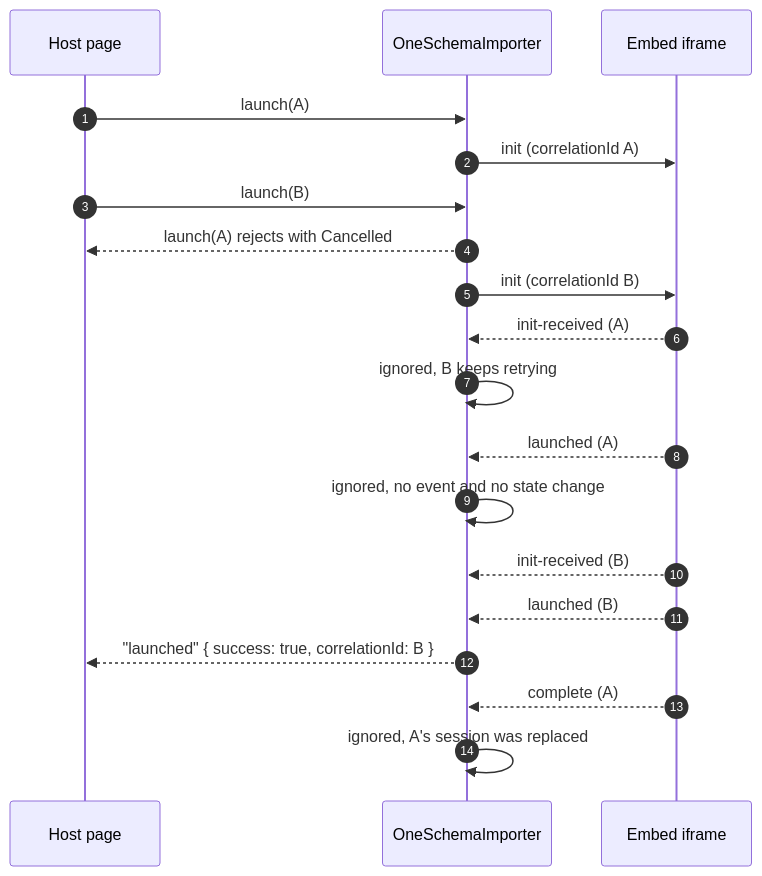
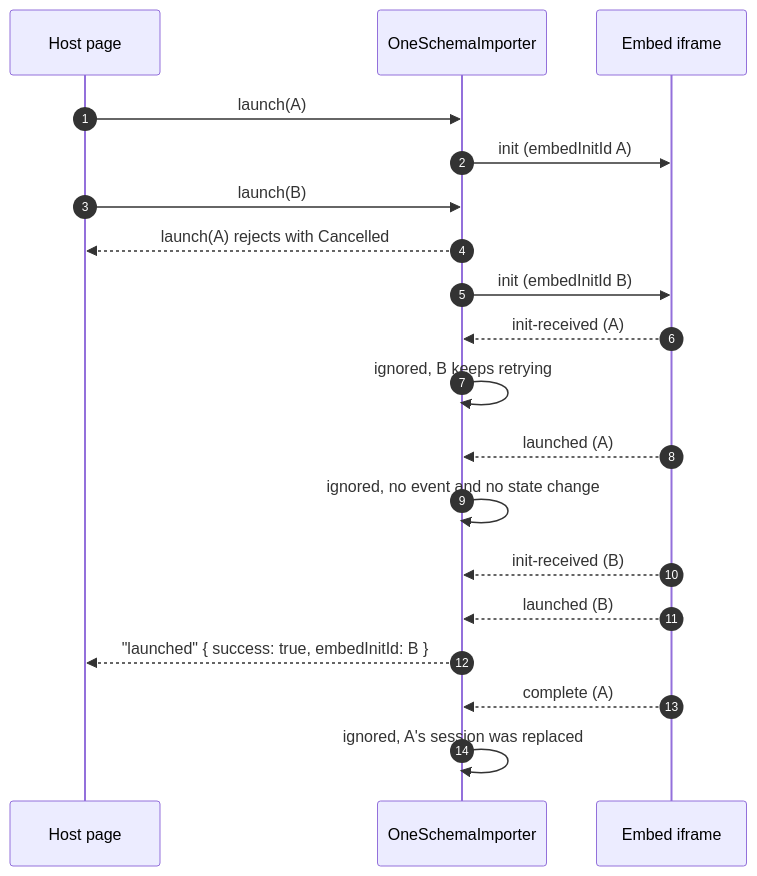
One commit to oneschema/sdk changed the third of 3 diagrams in packages/importer/LAUNCH-SEQUENCE.md. Above: the diagram before and after it, drawn with Mermaid. The commit also changed other lines of this file and 6 other files, not shown here.

Commit message:
refactor(importer)!: name the launch attempt id embedInitId

````diff
--- a/packages/importer/LAUNCH-SEQUENCE.md
+++ b/packages/importer/LAUNCH-SEQUENCE.md
@@ -81,23 +81,23 @@
 ```mermaid
 sequenceDiagram
     autonumber
     participant Host as Host page
     participant SDK as OneSchemaImporter
     participant Embed as Embed iframe
 
     Host->>SDK: launch(A)
-    SDK->>Embed: init (correlationId A)
+    SDK->>Embed: init (embedInitId A)
     Host->>SDK: launch(B)
     SDK-->>Host: launch(A) rejects with Cancelled
-    SDK->>Embed: init (correlationId B)
+    SDK->>Embed: init (embedInitId B)
 
     Embed-->>SDK: init-received (A)
     SDK->>SDK: ignored, B keeps retrying
     Embed-->>SDK: launched (A)
     SDK->>SDK: ignored, no event and no state change
     Embed-->>SDK: init-received (B)
     Embed-->>SDK: launched (B)
-    SDK-->>Host: "launched" { success: true, correlationId: B }
+    SDK-->>Host: "launched" { success: true, embedInitId: B }
     Embed-->>SDK: complete (A)
     SDK->>SDK: ignored, A's session was replaced
 ```
````
